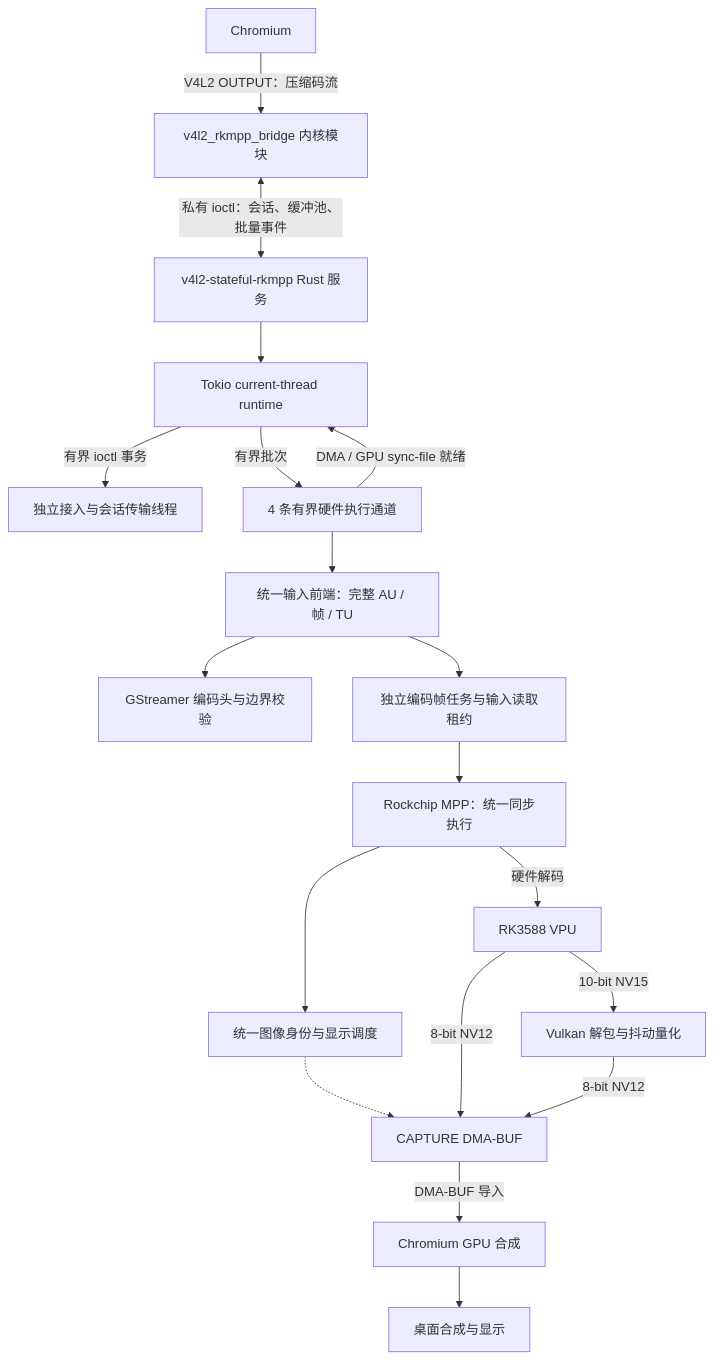
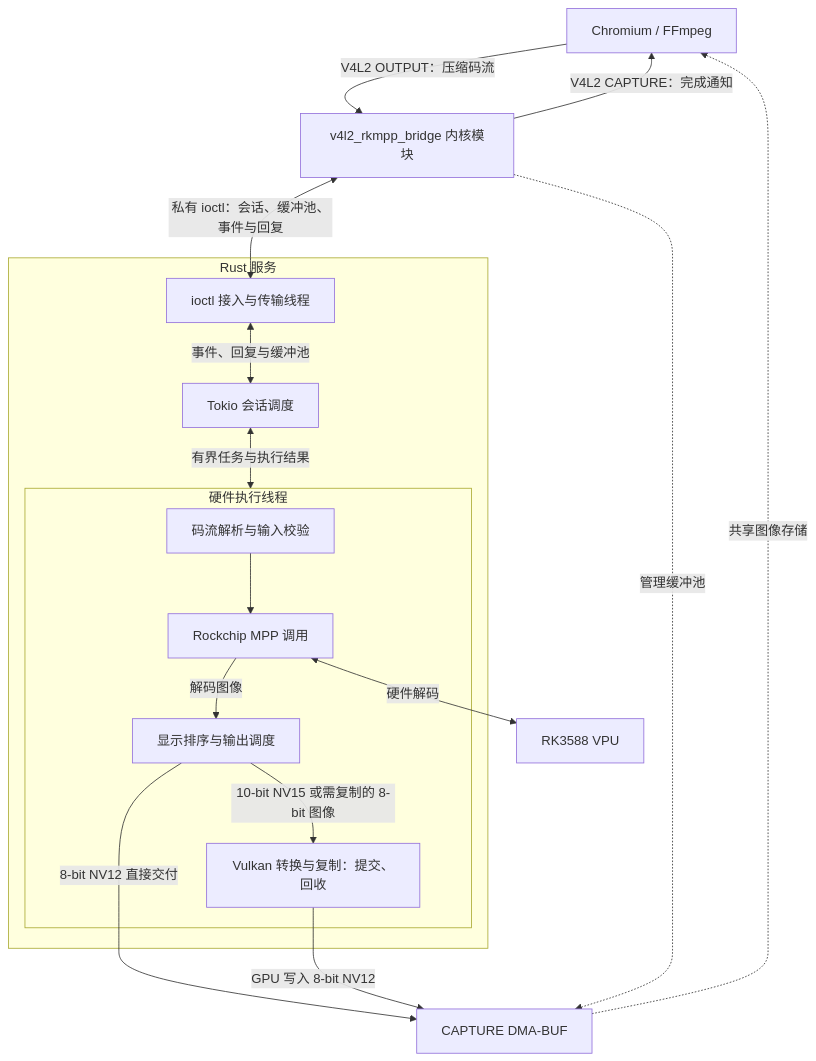
Before and after one commit to abadcafe/v4l2-stateful-rkmpp: the diagram in README.md, drawn with Mermaid. The commit also changed other lines of this file and 1 other file, not shown here.

Commit message:
docs: simplify READMEs and clarify architecture and limitations

````diff
--- a/README.md
+++ b/README.md
@@ -13,21 +13,20 @@
 ```mermaid
 flowchart TD
-    Chromium[Chromium] -->|V4L2 OUTPUT：压缩码流| Kernel[v4l2_rkmpp_bridge 内核模块]
-    Kernel <-->|私有 ioctl：会话、缓冲池、批量事件| Service[v4l2-stateful-rkmpp Rust 服务]
-    Service --> Async[Tokio current-thread runtime]
-    Async -->|有界 ioctl 事务| Transport[独立接入与会话传输线程]
-    Async -->|有界批次| Hardware[4 条有界硬件执行通道]
-    Hardware -->|DMA / GPU sync-file 就绪| Async
-    Hardware --> Frontend[统一输入前端：完整 AU / 帧 / TU]
-    Frontend --> Headers[GStreamer 编码头与边界校验]
-    Frontend --> Tasks[独立编码帧任务与输入读取租约]
-    Tasks --> MPP[Rockchip MPP：统一同步执行]
-    MPP --> Presentation[统一图像身份与显示调度]
-    MPP -->|硬件解码| VPU[RK3588 VPU]
-    Presentation -.-> Capture
-    VPU -->|8-bit NV12| Capture[CAPTURE DMA-BUF]
-    VPU -->|10-bit NV15| Vulkan[Vulkan 解包与抖动量化]
-    Vulkan -->|8-bit NV12| Capture
-    Capture -->|DMA-BUF 导入| GPU[Chromium GPU 合成]
-    GPU --> Display[桌面合成与显示]
+    Client[Chromium / FFmpeg] -->|V4L2 OUTPUT：压缩码流| Kernel[v4l2_rkmpp_bridge 内核模块]
+    Kernel -->|V4L2 CAPTURE：完成通知| Client
+    Kernel <-->|私有 ioctl：会话、缓冲池、事件与回复| Transport
+    subgraph Service[Rust 服务]
+        Transport[ioctl 接入与传输线程] <-->|事件、回复与缓冲池| Scheduler[Tokio 会话调度]
+        Scheduler <-->|有界任务与执行结果| Hardware
+        subgraph Hardware[硬件执行线程]
+            Parser[码流解析与输入校验] --> MPP[Rockchip MPP 调用]
+            MPP -->|解码图像| Output[显示排序与输出调度]
+            Output -->|10-bit NV15 或需复制的 8-bit 图像| Vulkan[Vulkan 转换与复制：提交、回收]
+        end
+    end
+    MPP <-->|硬件解码| VPU[RK3588 VPU]
+    Output -->|8-bit NV12 直接交付| Capture[CAPTURE DMA-BUF]
+    Vulkan -->|GPU 写入 8-bit NV12| Capture
+    Kernel -.->|管理缓冲池| Capture
+    Capture -.->|共享图像存储| Client
 ```
````
